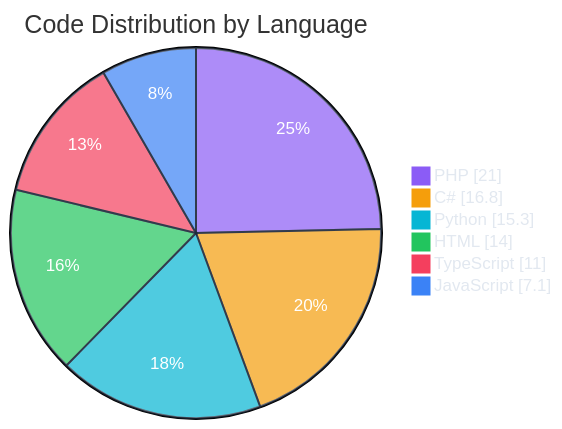
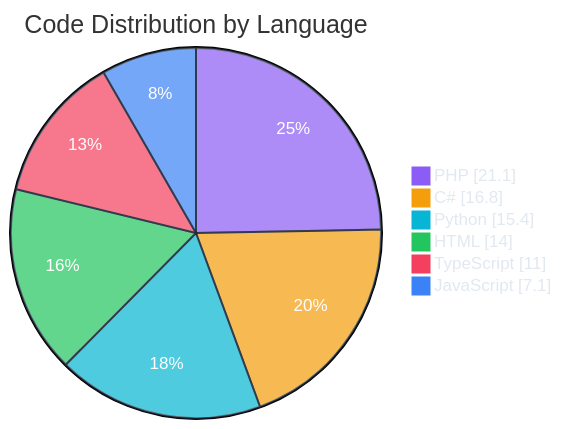
Before and after one commit to polo-nyan/polo-nyan: the second of 7 diagrams in README.md, drawn with Mermaid. The commit also changed other lines of this file and 1 other file, not shown here.

````diff
--- a/README.md
+++ b/README.md
@@ -229,11 +229,11 @@
 ```mermaid
 %%{init: {"theme": "base", "themeVariables": { "pie1": "#8b5cf6", "pie2": "#f59e0b", "pie3": "#06b6d4", "pie4": "#22c55e", "pie5": "#f43f5e", "pie6": "#3b82f6", "pie7": "#ec4899", "pieTextColor": "#ffffff", "pieLegendTextColor": "#e2e8f0", "pieSectionTextColor": "#ffffff", "pieStrokeColor": "#1e293b" }}}%%
 pie showData
     title Code Distribution by Language
-    "PHP" : 21.0
+    "PHP" : 21.1
     "C#" : 16.8
-    "Python" : 15.3
+    "Python" : 15.4
     "HTML" : 14.0
     "TypeScript" : 11.0
     "JavaScript" : 7.1
 ```
````
